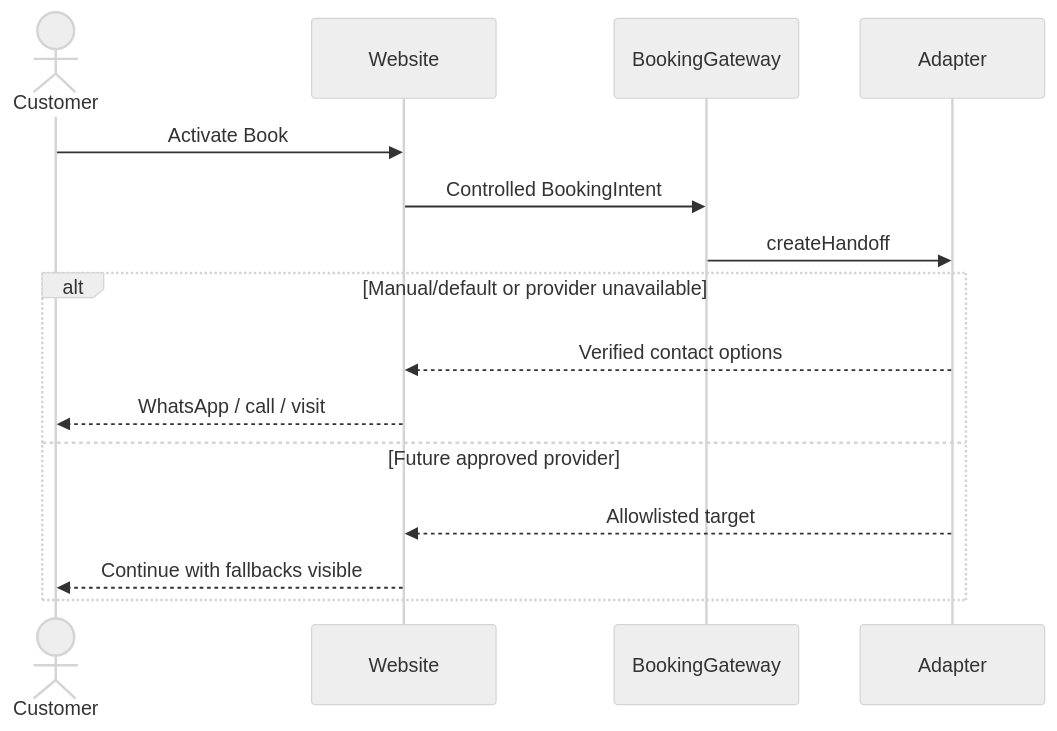
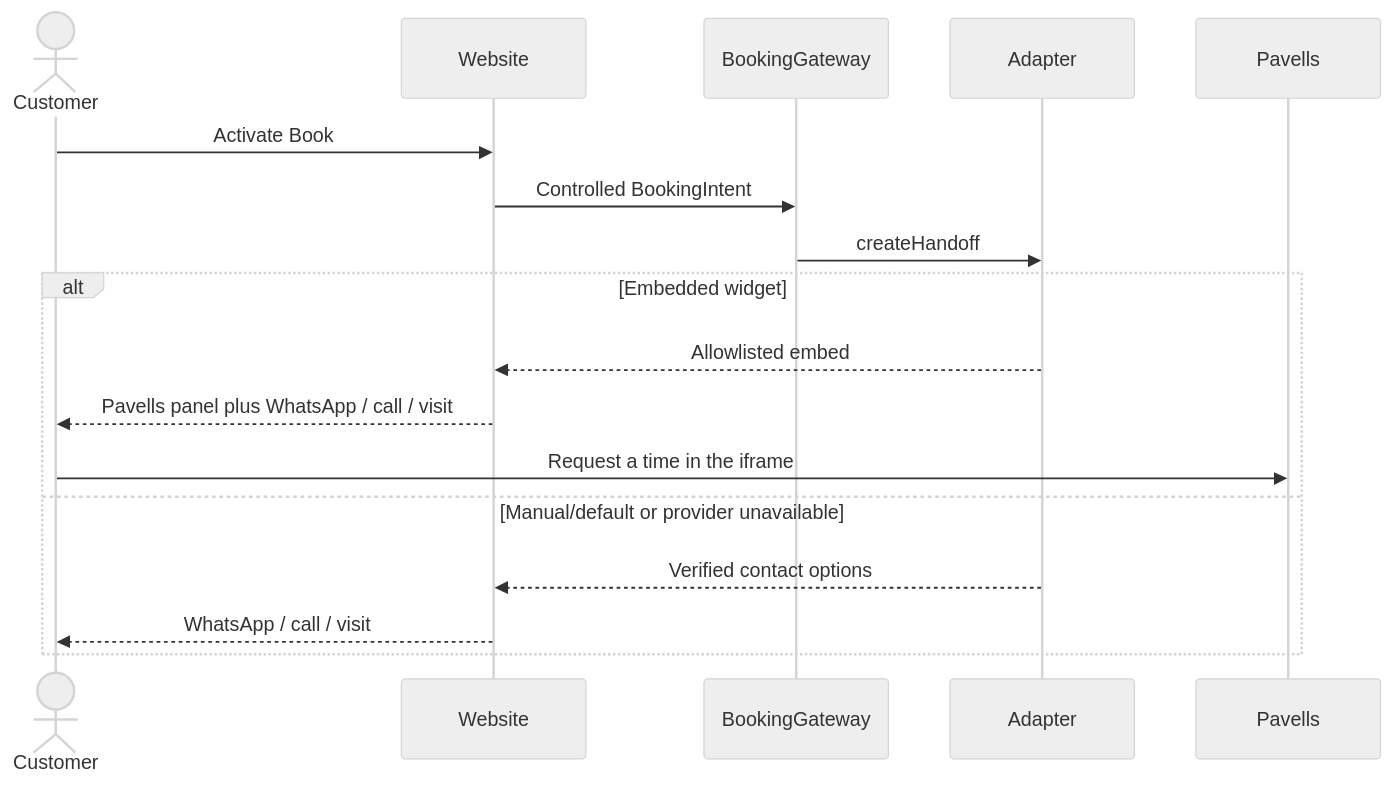
One commit to pav4o71/cjnailstudio changed the diagram in docs/BOOKING_ARCHITECTURE.md. Above: the diagram before and after it, drawn with Mermaid (neutral theme). The commit also changed other lines of this file and 28 other files, not shown here.

First line of the commit message:
feat: embed the Pavells booking widget on /book

````diff
--- a/docs/BOOKING_ARCHITECTURE.md
+++ b/docs/BOOKING_ARCHITECTURE.md
@@ -49,17 +53,19 @@
 ```mermaid
 sequenceDiagram
   actor C as Customer
   participant S as Website
   participant G as BookingGateway
   participant A as Adapter
+  participant P as Pavells
   C->>S: Activate Book
   S->>G: Controlled BookingIntent
   G->>A: createHandoff
-  alt Manual/default or provider unavailable
+  alt Embedded widget
+    A-->>S: Allowlisted embed
+    S-->>C: Pavells panel plus WhatsApp / call / visit
+    C->>P: Request a time in the iframe
+  else Manual/default or provider unavailable
     A-->>S: Verified contact options
     S-->>C: WhatsApp / call / visit
-  else Future approved provider
-    A-->>S: Allowlisted target
-    S-->>C: Continue with fallbacks visible
   end
 ```
````
